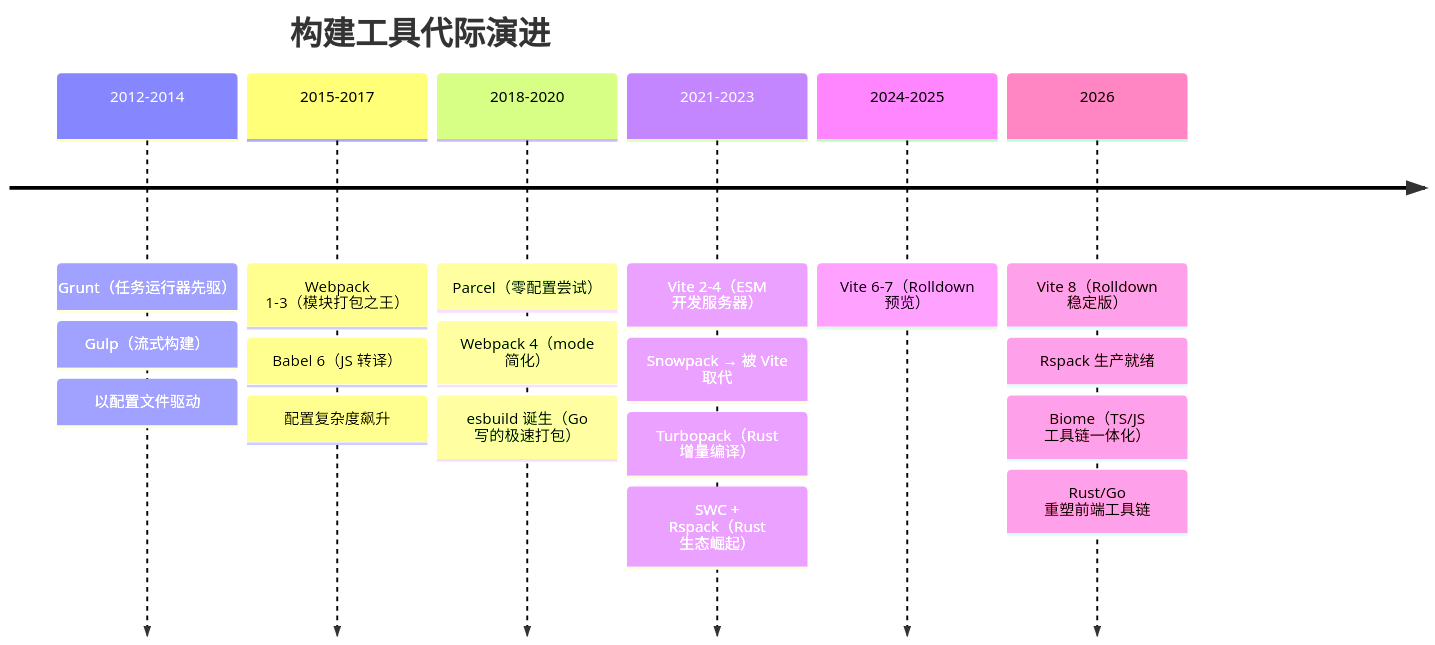
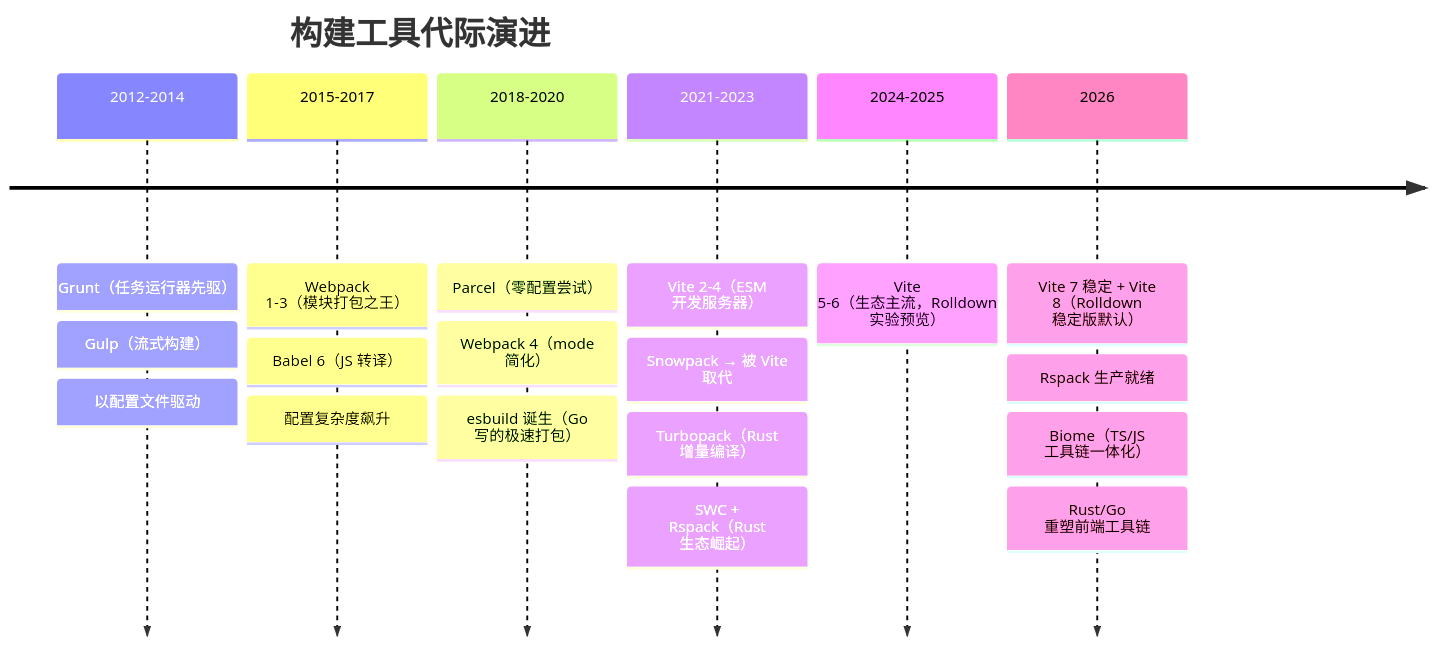
The second of 58 diagrams in S3-进阶提升/03-前端工程化.md (KMaybe01/common), drawn with Mermaid before and after one commit. The commit also changed other lines of this file and 19 other files, not shown here.

````diff
--- a/S3-进阶提升/03-前端工程化.md
+++ b/S3-进阶提升/03-前端工程化.md
@@ -52,22 +57,22 @@
 ```mermaid
 timeline
     title 构建工具代际演进
     2012-2014 : Grunt（任务运行器先驱）
               : Gulp（流式构建）
               : 以配置文件驱动
     2015-2017 : Webpack 1-3（模块打包之王）
               : Babel 6（JS 转译）
               : 配置复杂度飙升
     2018-2020 : Parcel（零配置尝试）
               : Webpack 4（mode 简化）
               : esbuild 诞生（Go 写的极速打包）
     2021-2023 : Vite 2-4（ESM 开发服务器）
               : Snowpack → 被 Vite 取代
               : Turbopack（Rust 增量编译）
               : SWC + Rspack（Rust 生态崛起）
-     2024-2025 : Vite 6-7（Rolldown 预览）
-     2026 : Vite 8（Rolldown 稳定版）
+     2024-2025 : Vite 5-6（生态主流，Rolldown 实验预览）
+     2026     : Vite 7 稳定 + Vite 8（Rolldown 稳定版默认）
               : Rspack 生产就绪
               : Biome（TS/JS 工具链一体化）
               : Rust/Go 重塑前端工具链
 ```
````
